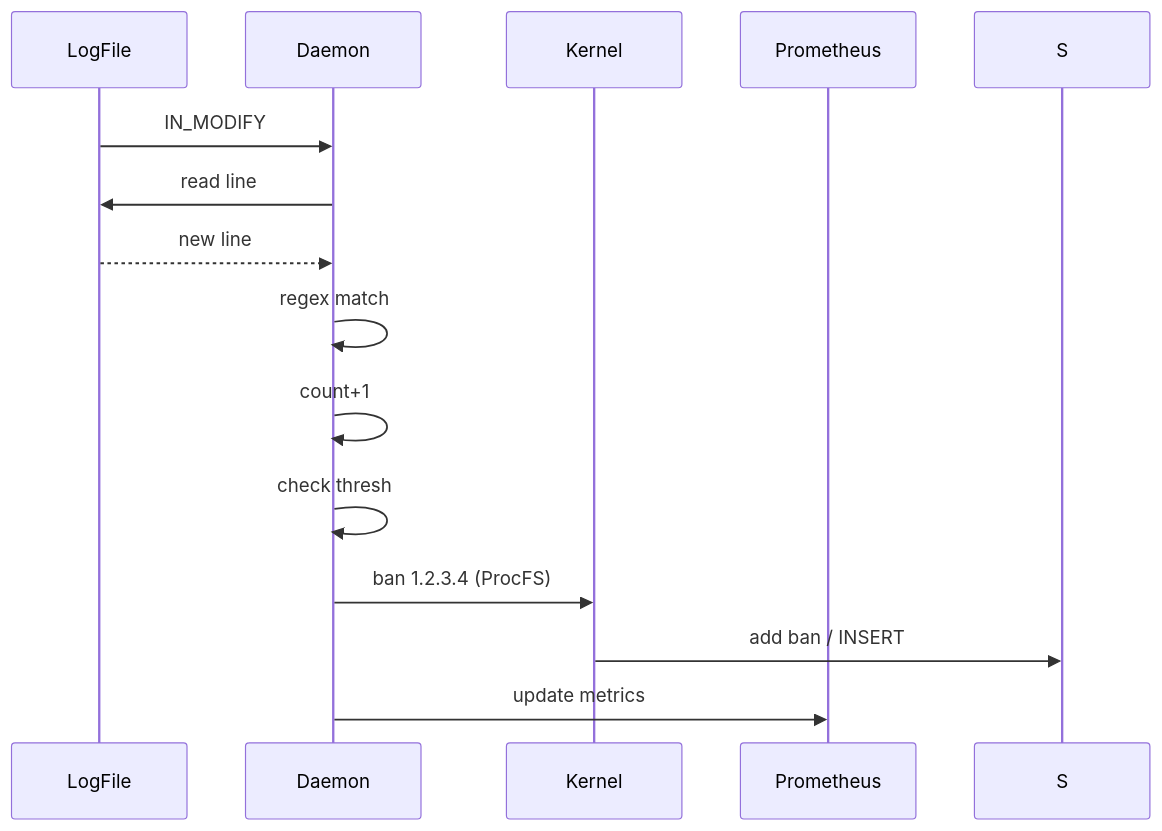
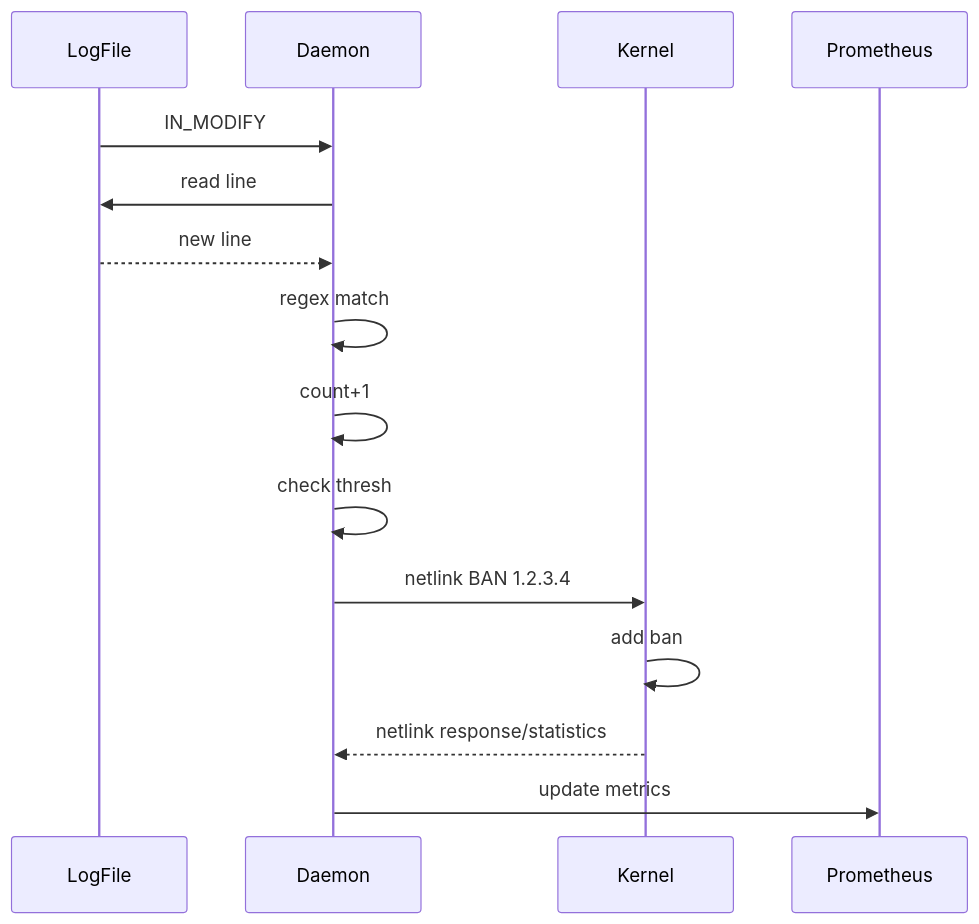
Before and after one commit to SnowCore8/linux-firewall-kmod: the sixth of 7 diagrams in docs/en/architecture/data-flow.md, drawn with Mermaid. The commit also changed other lines of this file and 6 other files, not shown here.

First line of the commit message:
docs: align architecture framework (#10)

````diff
--- a/docs/en/architecture/data-flow.md
+++ b/docs/en/architecture/data-flow.md
@@ -108,17 +112,18 @@
 ```mermaid
 sequenceDiagram
     participant L as LogFile
     participant D as Daemon
     participant K as Kernel
     participant P as Prometheus
 
     L->>D: IN_MODIFY
     D->>L: read line
     L-->>D: new line
     D->>D: regex match
     D->>D: count+1
     D->>D: check thresh
-    D->>K: ban 1.2.3.4 (ProcFS)
-    K->>S: add ban / INSERT
+    D->>K: netlink BAN 1.2.3.4
+    K->>K: add ban
+    K-->>D: netlink response/statistics
     D->>P: update metrics
 ```
````
